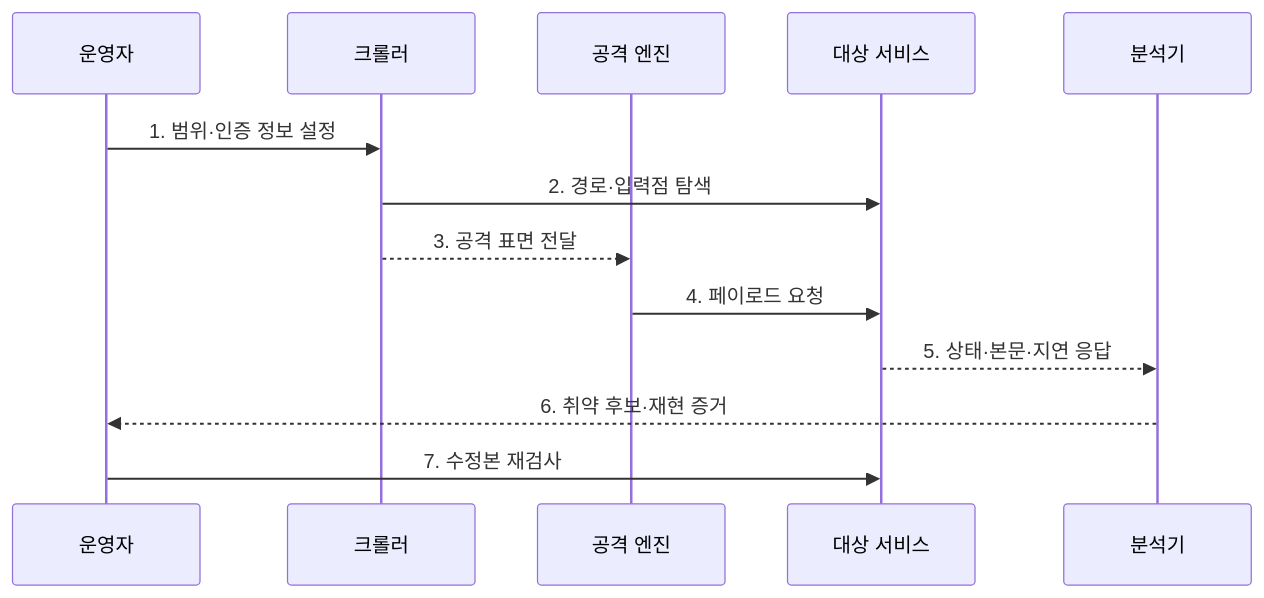
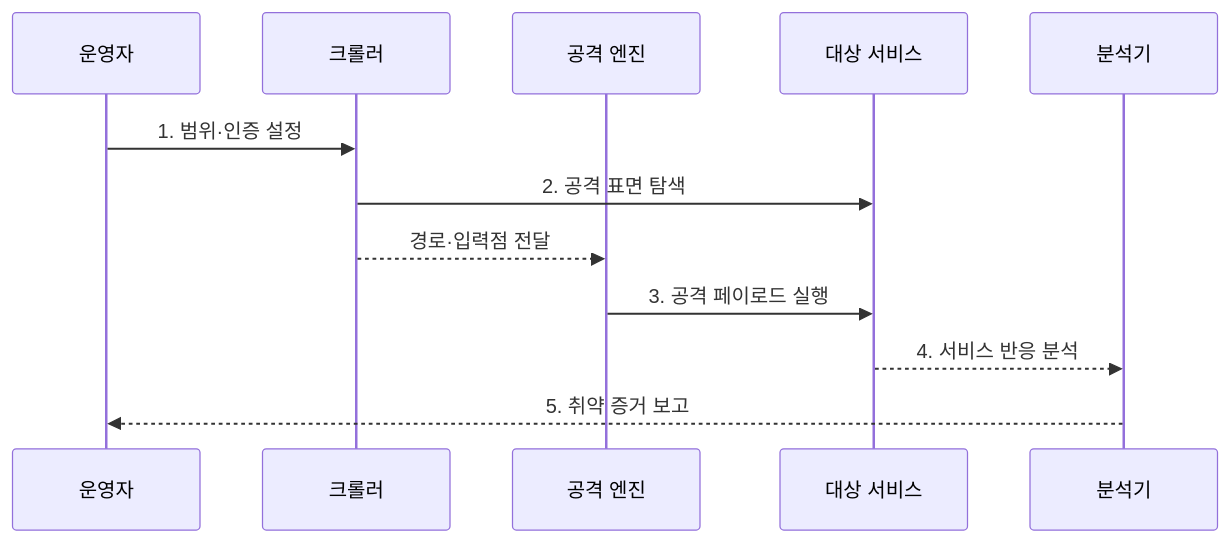
The second of 2 diagrams in src/content/docs/notes/03-software/068_dynamic_application_security_testing.md (agnusdei1207/knowledge-base), drawn with Mermaid before and after one commit. The commit also changed other lines of this file and 238 other files, not shown here.

````diff
--- a/src/content/docs/notes/03-software/068_dynamic_application_security_testing.md
+++ b/src/content/docs/notes/03-software/068_dynamic_application_security_testing.md
@@ -79,15 +79,14 @@
 ```mermaid
 sequenceDiagram
     participant O as 운영자
     participant C as 크롤러
     participant A as 공격 엔진
     participant T as 대상 서비스
     participant R as 분석기
-    O->>C: 1. 범위·인증 정보 설정
-    C->>T: 2. 경로·입력점 탐색
-    C-->>A: 3. 공격 표면 전달
-    A->>T: 4. 페이로드 요청
-    T-->>R: 5. 상태·본문·지연 응답
-    R-->>O: 6. 취약 후보·재현 증거
-    O->>T: 7. 수정본 재검사
+    O->>C: 1. 범위·인증 설정
+    C->>T: 2. 공격 표면 탐색
+    C-->>A: 경로·입력점 전달
+    A->>T: 3. 공격 페이로드 실행
+    T-->>R: 4. 서비스 반응 분석
+    R-->>O: 5. 취약 증거 보고
 ```
````
